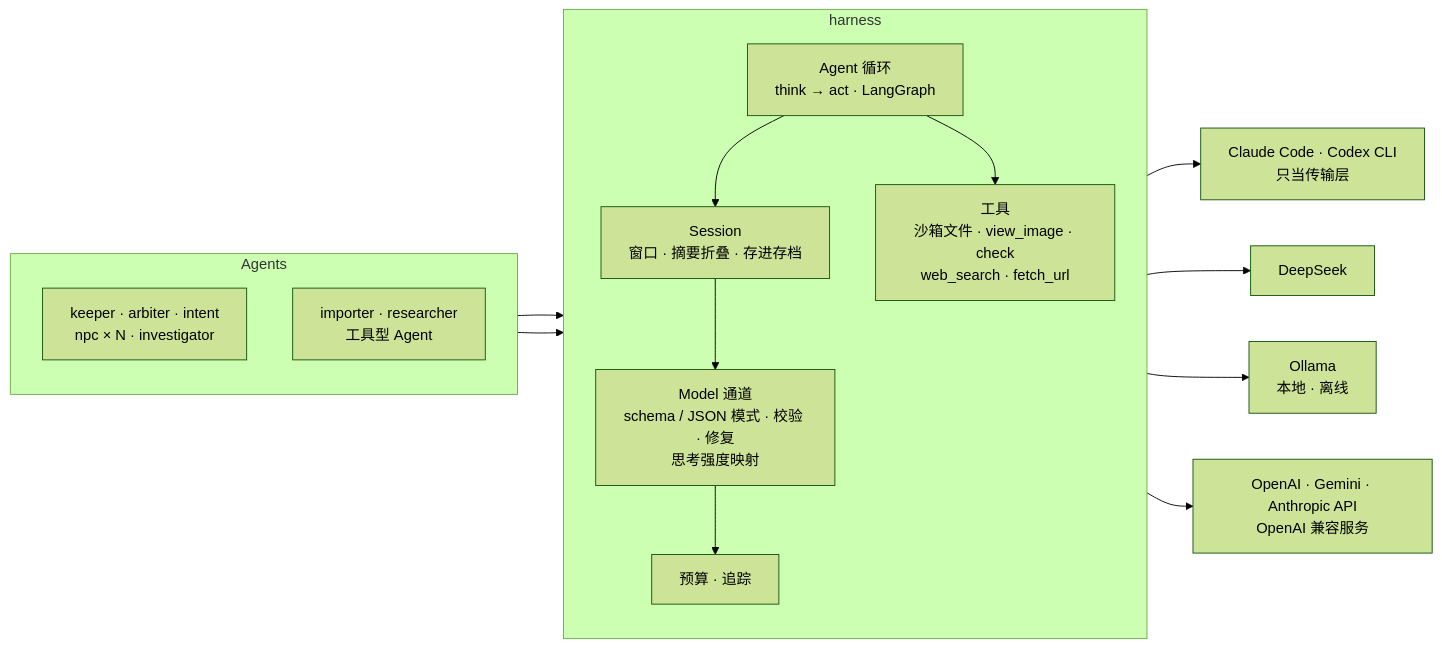
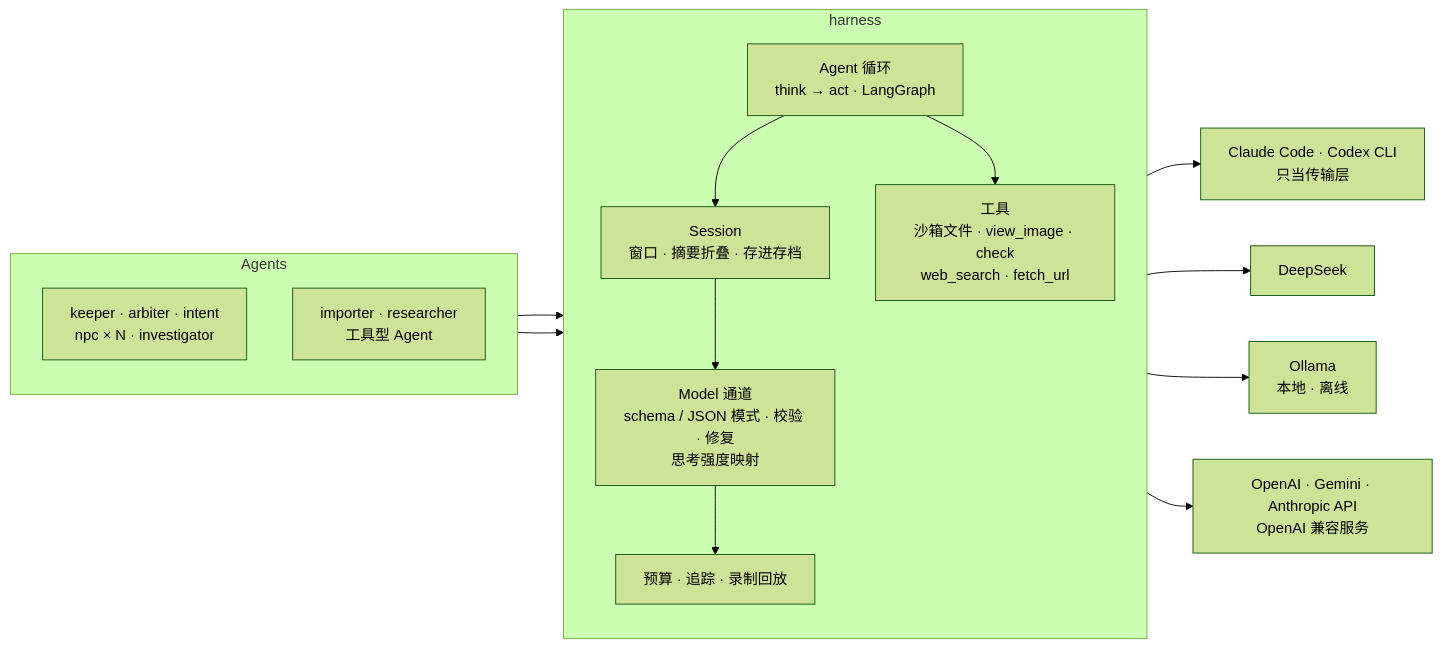
Before and after one commit to satoshinji2992/autokeeper: the first of 3 diagrams in README.md, drawn with Mermaid (forest theme). The commit also changed other lines of this file, not shown here.

````diff
--- a/README.md
+++ b/README.md
@@ -82,24 +49,24 @@
 ```mermaid
 flowchart LR
   subgraph AG[Agents]
     direction TB
     G[keeper · arbiter · intent<br/>npc × N · investigator]
     T[importer · researcher<br/>工具型 Agent]
   end
   subgraph H[harness]
     direction TB
     S[Session<br/>窗口 · 摘要折叠 · 存进存档]
     L[Agent 循环<br/>think → act · LangGraph]
     TL[工具<br/>沙箱文件 · view_image · check<br/>web_search · fetch_url]
     M[Model 通道<br/>schema / JSON 模式 · 校验 · 修复<br/>思考强度映射]
-    B[预算 · 追踪]
+    B[预算 · 追踪 · 录制回放]
   end
   G --> S
   T --> L --> S
   L --> TL
   S --> M --> B
   M --> CC[Claude Code · Codex CLI<br/>只当传输层]
   M --> DS[DeepSeek]
   M --> OL[Ollama<br/>本地 · 离线]
   M --> LC[OpenAI · Gemini · Anthropic API<br/>OpenAI 兼容服务]
 ```
````
